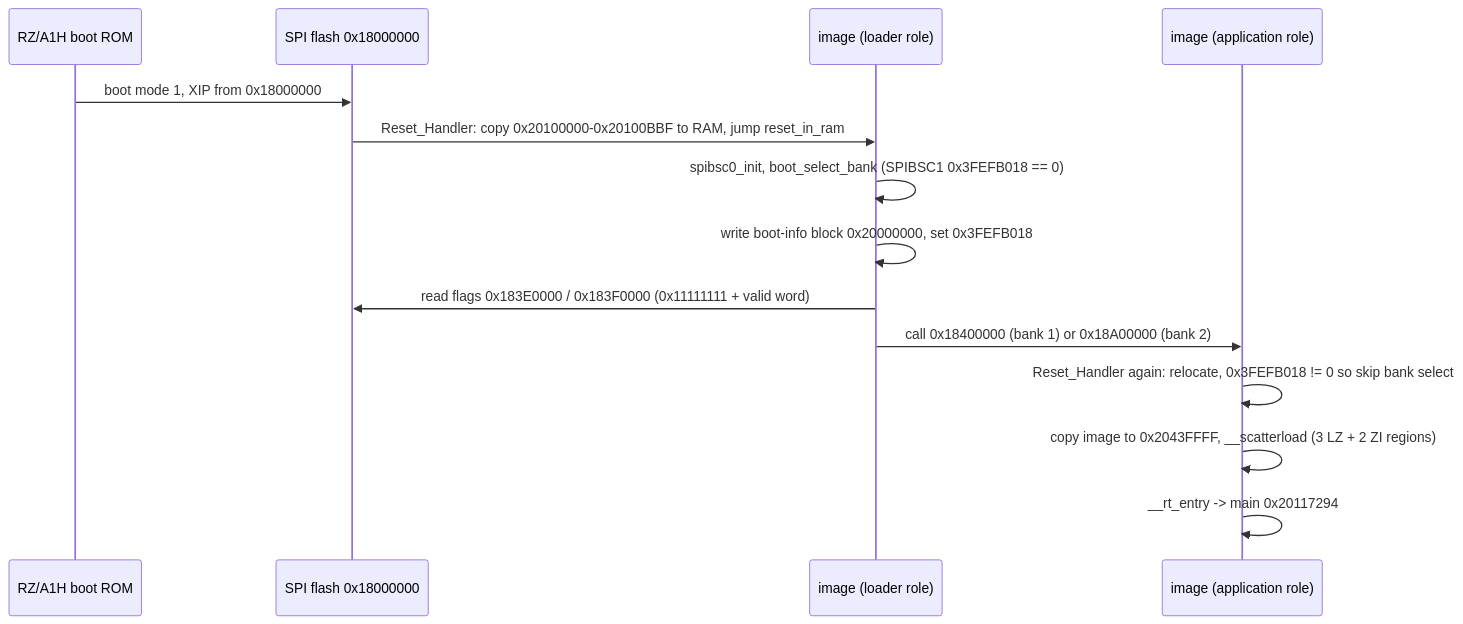
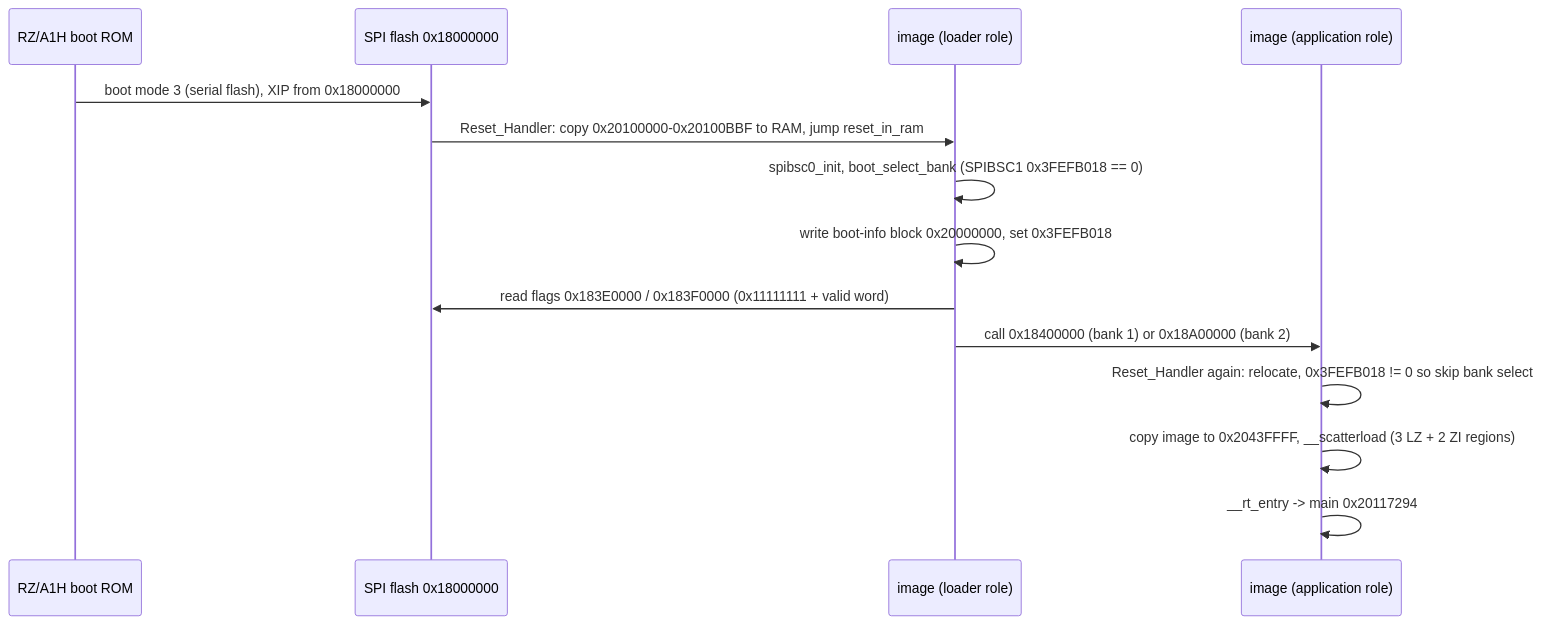
One commit to Reid-n0rc/FT-710_Firmware changed the first of 3 diagrams in docs/code/display/boot-rtos.md. Above: the diagram before and after it, drawn with Mermaid. The commit also changed other lines of this file, not shown here.

First line of the commit message:
docs(display/boot-rtos): DISPLAY boots in RZ/A1H boot mode 3, not mode 1

````diff
--- a/docs/code/display/boot-rtos.md
+++ b/docs/code/display/boot-rtos.md
@@ -8,16 +8,16 @@
 ```mermaid
 sequenceDiagram
   participant ROM as RZ/A1H boot ROM
   participant FL as SPI flash 0x18000000
   participant L as image (loader role)
   participant A as image (application role)
-  ROM->>FL: boot mode 1, XIP from 0x18000000
+  ROM->>FL: boot mode 3 (serial flash), XIP from 0x18000000
   FL->>L: Reset_Handler: copy 0x20100000-0x20100BBF to RAM, jump reset_in_ram
   L->>L: spibsc0_init, boot_select_bank (SPIBSC1 0x3FEFB018 == 0)
   L->>L: write boot-info block 0x20000000, set 0x3FEFB018
   L->>FL: read flags 0x183E0000 / 0x183F0000 (0x11111111 + valid word)
   L->>A: call 0x18400000 (bank 1) or 0x18A00000 (bank 2)
   A->>A: Reset_Handler again: relocate, 0x3FEFB018 != 0 so skip bank select
   A->>A: copy image to 0x2043FFFF, __scatterload (3 LZ + 2 ZI regions)
   A->>A: __rt_entry -> main 0x20117294
 ```
````
